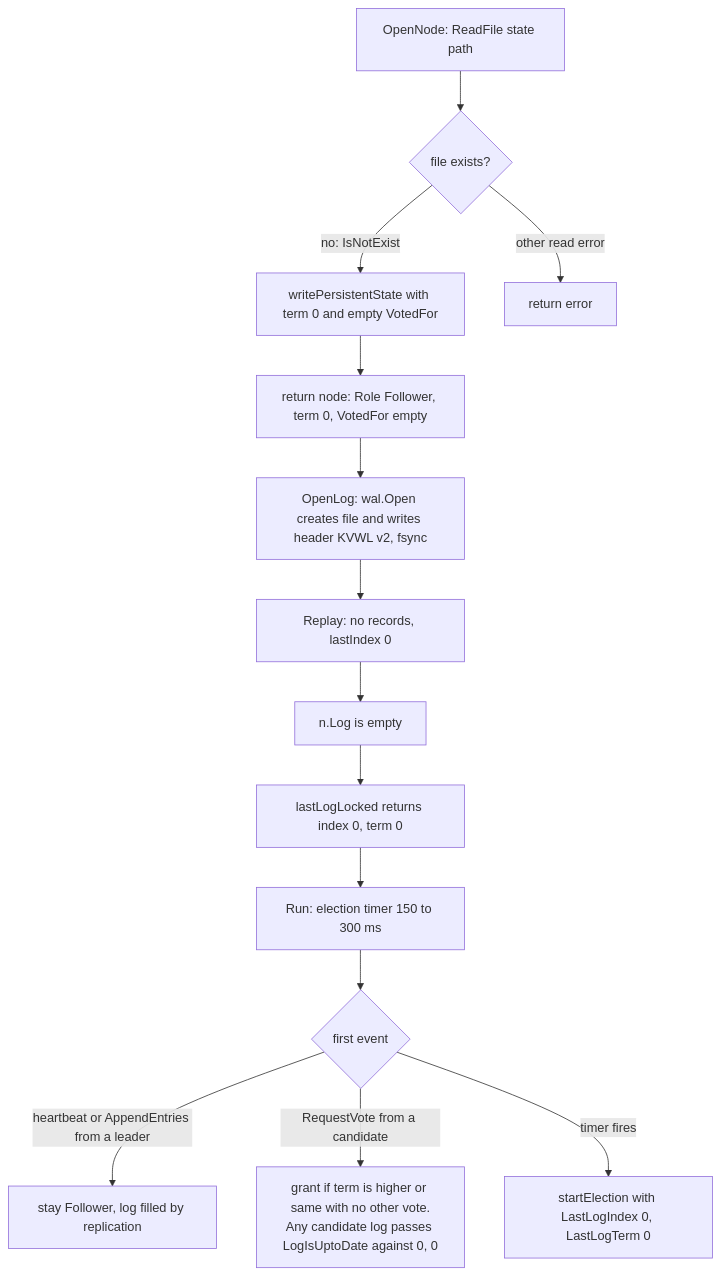
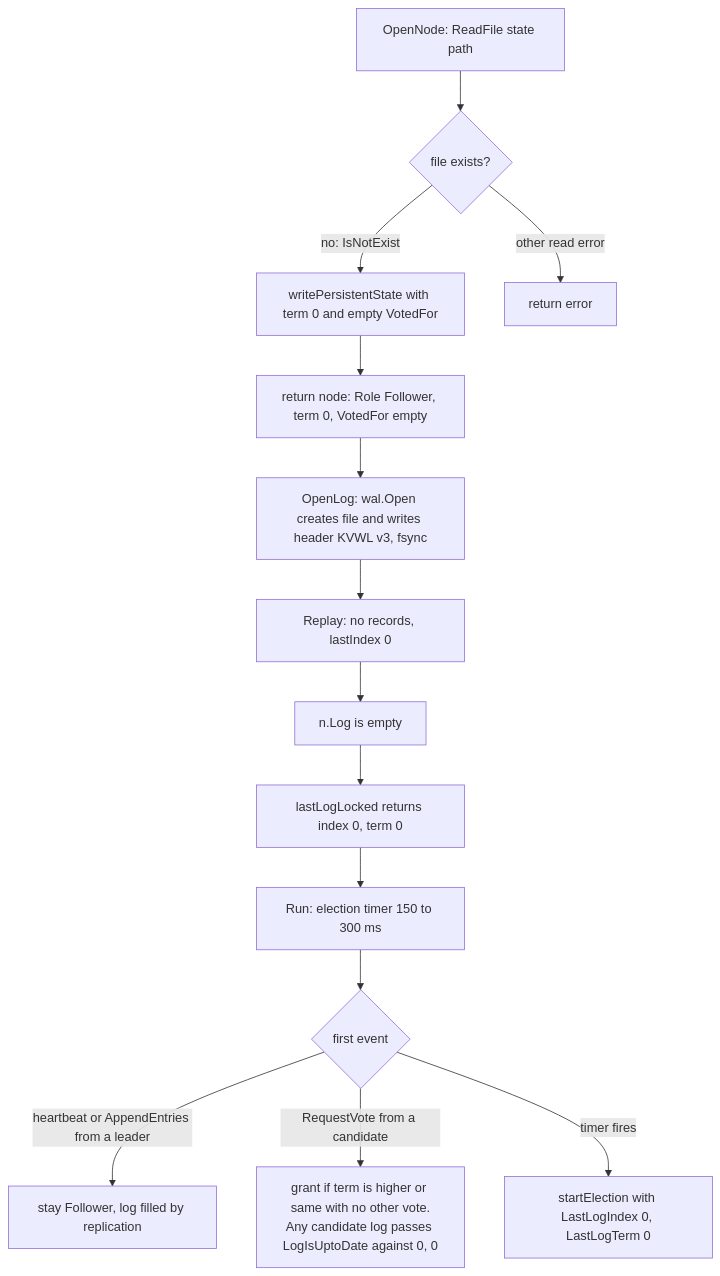
Before and after one commit to Tarun-Elango/hobbyDB: the second of 7 diagrams in flow/3. node-startup-persisted-state.md, drawn with Mermaid. The commit also changed other lines of this file and 26 other files, not shown here.

First line of the commit message:
fix raft, wal and client bugs found in flow review

````diff
--- a/flow/3. node-startup-persisted-state.md
+++ b/flow/3. node-startup-persisted-state.md
@@ -42,16 +42,16 @@
 ```mermaid
 flowchart TD
     A["OpenNode: ReadFile state path"] --> B{"file exists?"}
     B -->|"no: IsNotExist"| C["writePersistentState with term 0 and empty VotedFor"]
     C --> D["return node: Role Follower, term 0, VotedFor empty"]
     B -->|"other read error"| FAIL["return error"]
-    D --> E["OpenLog: wal.Open creates file and writes header KVWL v2, fsync"]
+    D --> E["OpenLog: wal.Open creates file and writes header KVWL v3, fsync"]
     E --> F["Replay: no records, lastIndex 0"]
     F --> G["n.Log is empty"]
     G --> H["lastLogLocked returns index 0, term 0"]
     H --> I["Run: election timer 150 to 300 ms"]
     I --> J{"first event"}
     J -->|"heartbeat or AppendEntries from a leader"| K["stay Follower, log filled by replication"]
     J -->|"RequestVote from a candidate"| L["grant if term is higher or same with no other vote.<br/>Any candidate log passes LogIsUptoDate against 0, 0"]
     J -->|"timer fires"| M["startElection with LastLogIndex 0, LastLogTerm 0"]
 ```
````
